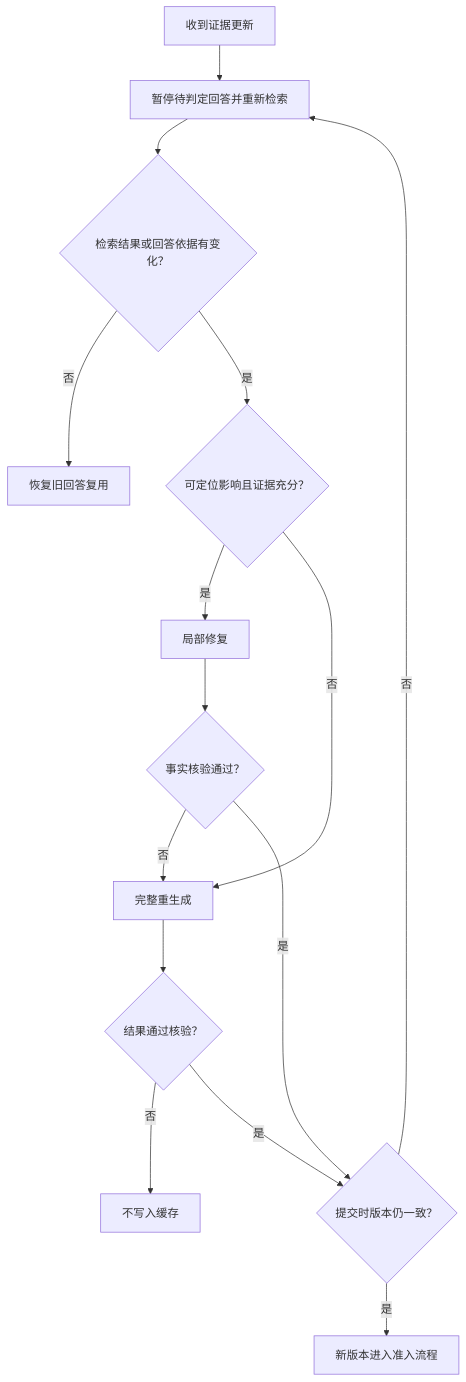
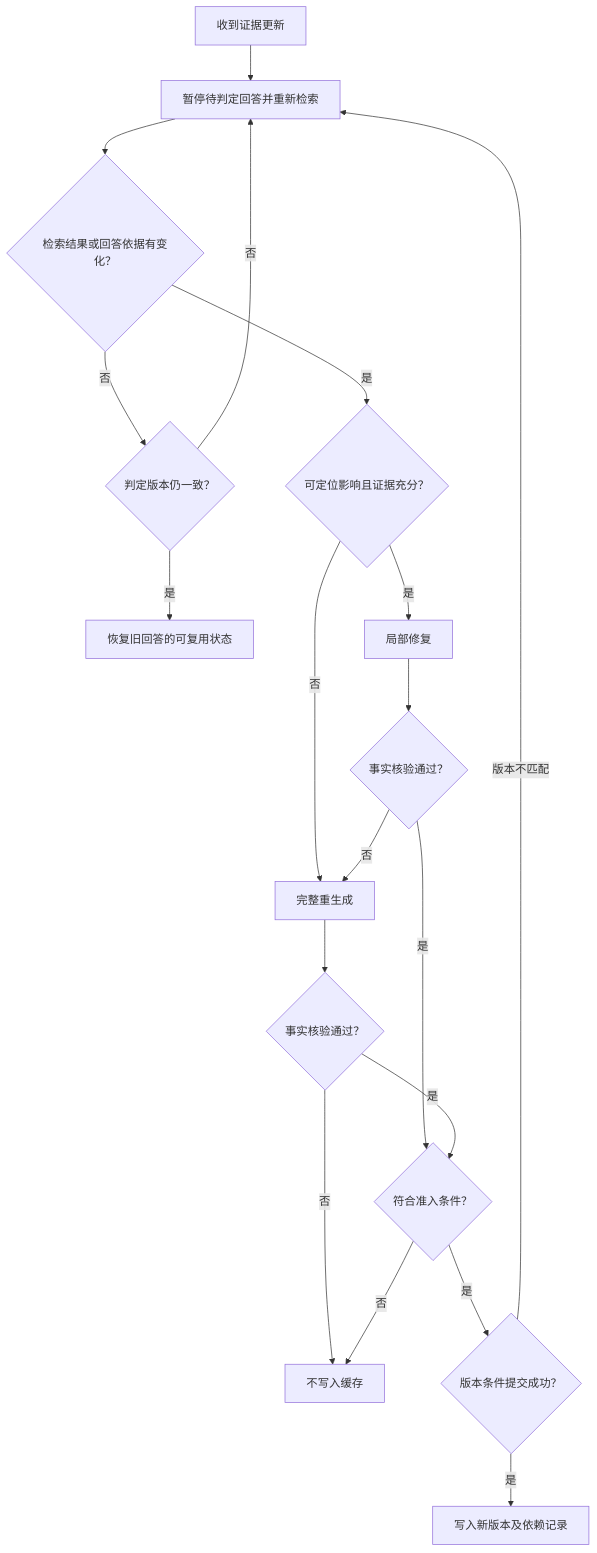
Before and after one commit to JiGuoDing/2026Spring2Winter: the second of 2 diagrams in MasterGraduationProject/第一章_改后初稿_第二版.md, drawn with Mermaid. The commit also changed other lines of this file and 364 other files, not shown here.

````diff
--- a/MasterGraduationProject/第一章_改后初稿_第二版.md
+++ b/MasterGraduationProject/第一章_改后初稿_第二版.md
@@ -243,17 +220,21 @@
 ```mermaid
 flowchart TD
     A[收到证据更新] --> B[暂停待判定回答并重新检索]
     B --> C{检索结果或回答依据有变化？}
-    C -->|否| D[恢复旧回答复用]
+    C -->|否| D{判定版本仍一致？}
+    D -->|是| R[恢复旧回答的可复用状态]
+    D -->|否| B
     C -->|是| E{可定位影响且证据充分？}
     E -->|是| F[局部修复]
     E -->|否| G[完整重生成]
     F --> H{事实核验通过？}
     H -->|否| G
-    H -->|是| I{提交时版本仍一致？}
-    G --> J{结果通过核验？}
+    H -->|是| N{符合准入条件？}
+    G --> J{事实核验通过？}
     J -->|否| L[不写入缓存]
-    J -->|是| I
-    I -->|否| B
-    I -->|是| K[新版本进入准入流程]
+    J -->|是| N
+    N -->|否| L
+    N -->|是| I{版本条件提交成功？}
+    I -->|版本不匹配| B
+    I -->|是| K[写入新版本及依赖记录]
 ```
````
